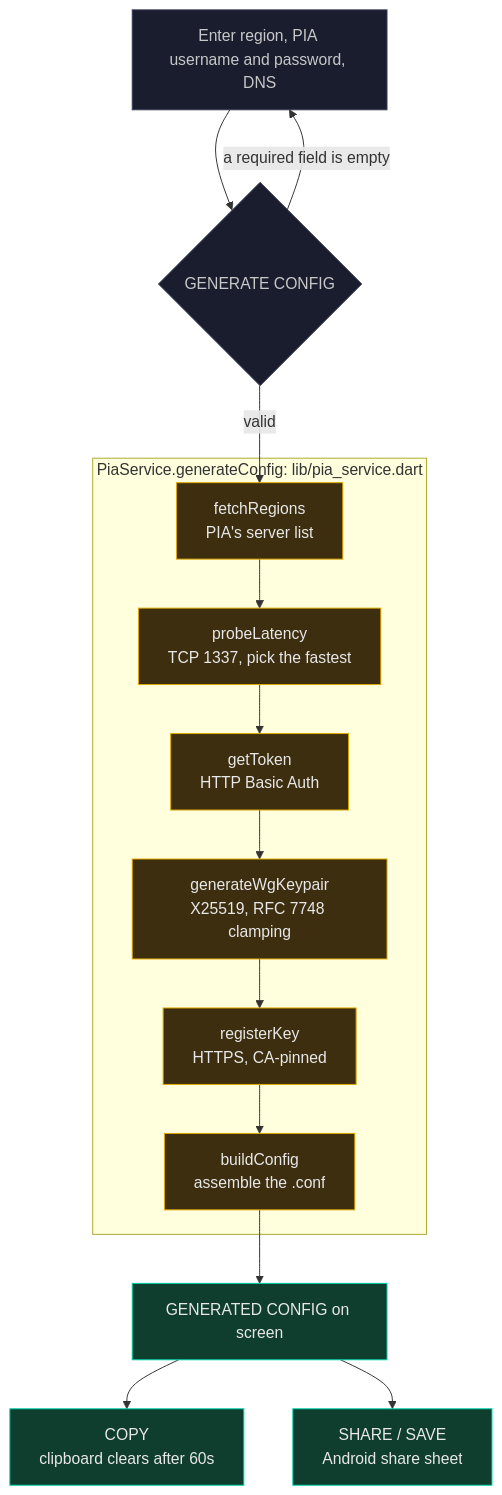
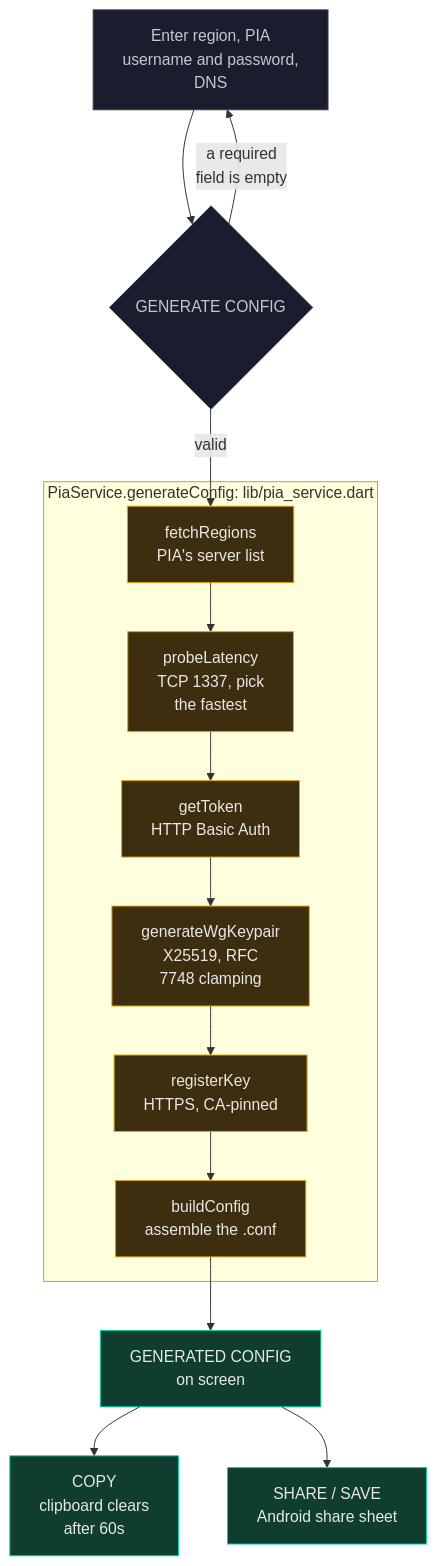
One commit to ExponentiallyDigital/cfg-pia-wg changed the second of 8 diagrams in ARCHITECTURE.md. Above: the diagram before and after it, drawn with Mermaid. The commit also changed other lines of this file and 18 other files, not shown here.

````diff
--- a/ARCHITECTURE.md
+++ b/ARCHITECTURE.md
@@ -179,26 +179,26 @@
 ```mermaid
 flowchart TB
-    H["Enter region, PIA username and password, DNS"] --> I{"GENERATE CONFIG"}
-    I -->|"a required field is empty"| H
+    H["Enter region, PIA<br/>username and password,<br/>DNS"] --> I{"GENERATE CONFIG"}
+    I -->|"a required<br/>field is empty"| H
     I -->|"valid"| J1
 
     subgraph GEN["PiaService.generateConfig: lib/pia_service.dart"]
-        J1["fetchRegions<br/>PIA's server list"] --> J2["probeLatency<br/>TCP 1337, pick the fastest"]
+        J1["fetchRegions<br/>PIA's server list"] --> J2["probeLatency<br/>TCP 1337, pick<br/>the fastest"]
         J2 --> J3["getToken<br/>HTTP Basic Auth"]
-        J3 --> J4["generateWgKeypair<br/>X25519, RFC 7748 clamping"]
+        J3 --> J4["generateWgKeypair<br/>X25519, RFC<br/>7748 clamping"]
         J4 --> J5["registerKey<br/>HTTPS, CA-pinned"]
         J5 --> J6["buildConfig<br/>assemble the .conf"]
     end
 
-    J6 --> K["GENERATED CONFIG on screen"]
-    K --> L["COPY<br/>clipboard clears after 60s"]
+    J6 --> K["GENERATED CONFIG<br/>on screen"]
+    K --> L["COPY<br/>clipboard clears<br/>after 60s"]
     K --> M["SHARE / SAVE<br/>Android share sheet"]
 
     classDef go fill:#0F3D2E,stroke:#00D4AA,color:#E8E8E8
     classDef bad fill:#3D1A1A,stroke:#E05252,color:#E8E8E8
     classDef work fill:#3D2E0F,stroke:#E0A800,color:#E8E8E8
     classDef step fill:#1A1D2E,stroke:#3A3F55,color:#C8C8C8
     class K,L,M go
     class J1,J2,J3,J4,J5,J6 work
     class H,I step
 ```
````
